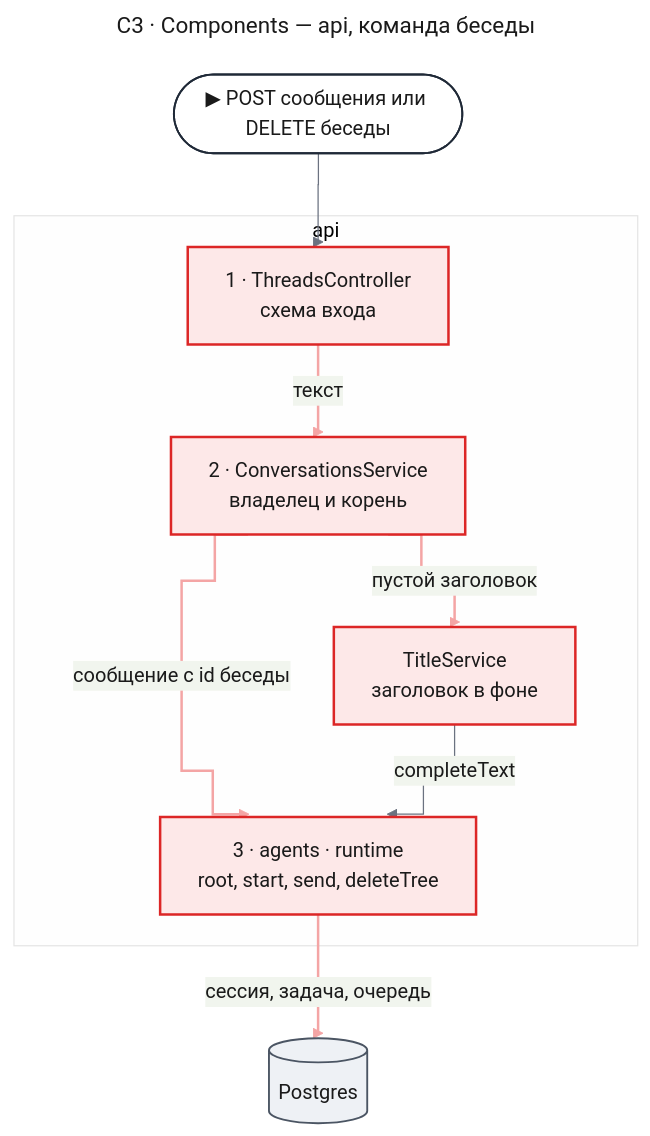
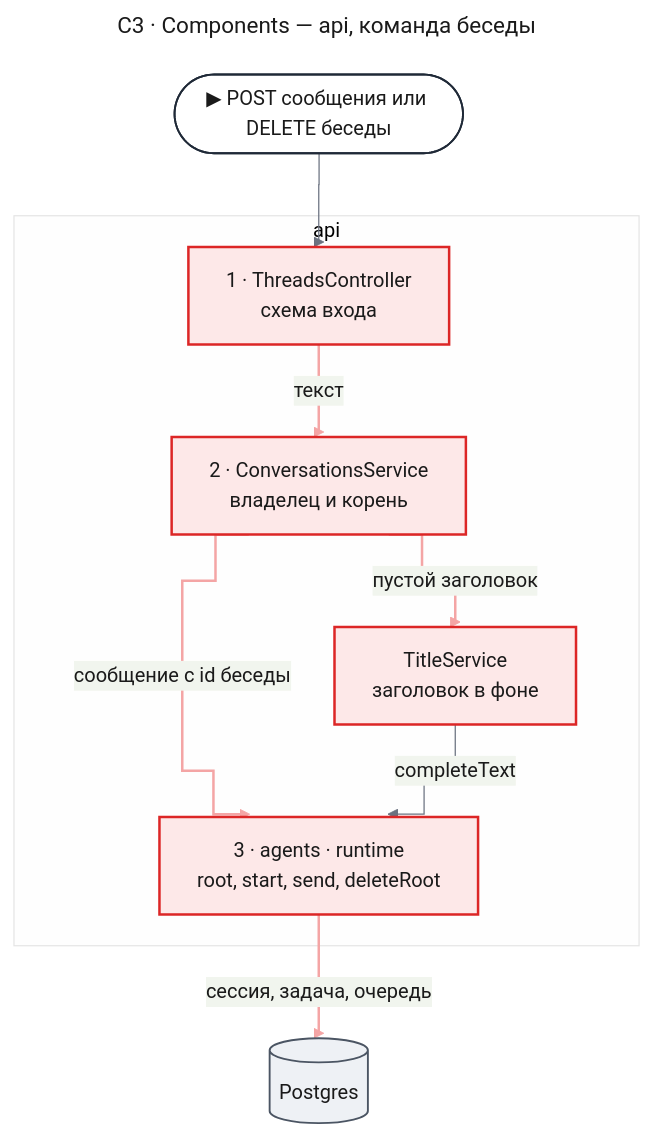
The second of 10 diagrams in docs/features/agent-platform/design-chat.md (tundraray/agent-os), drawn with Mermaid before and after one commit. The commit also changed other lines of this file and 2 other files, not shown here.

````diff
--- a/docs/features/agent-platform/design-chat.md
+++ b/docs/features/agent-platform/design-chat.md
@@ -202,46 +206,46 @@
 ```mermaid
 ---
 title: "C3 · Components — api, команда беседы"
 config:
   theme: base
   look: classic
   themeVariables:
     primaryColor: "#eef1f5"
     primaryBorderColor: "#4b5563"
     primaryTextColor: "#1a1a1a"
     lineColor: "#6b7280"
   flowchart:
     curve: step
   themeCSS: |
     @keyframes lit_ch3a{0%,22.5%{stroke:#991b1b;stroke-width:6px}25%,100%{stroke:#f4a5a5;stroke-width:2px}}
 ---
 flowchart TB
     entry(["▶ POST сообщения или DELETE беседы"])
     subgraph api["api"]
         ctl["1 · ThreadsController<br/>схема входа"]
         svc["2 · ConversationsService<br/>владелец и корень"]
-        pk["3 · agents · runtime<br/>root, start, send, deleteTree"]
+        pk["3 · agents · runtime<br/>root, start, send, deleteRoot"]
         title["TitleService<br/>заголовок в фоне"]
     end
     db[("Postgres")]
     entry --> ctl
     ctl e1@-->|"текст"| svc
     svc e2@-->|"сообщение с id беседы"| pk
     pk e3@-->|"сессия, задача, очередь"| db
     svc e4@-->|"пустой заголовок"| title
     title -->|"completeText"| pk
     classDef entry fill:#ffffff,stroke:#1f2937,stroke-width:1.5px,color:#1a1a1a
     classDef changed fill:#fde8e8,stroke:#dc2626,stroke-width:2px,color:#1a1a1a
     classDef unchanged fill:#eef1f5,stroke:#4b5563,stroke-width:1.5px,color:#1a1a1a
     classDef w1 stroke:#f4a5a5,stroke-width:2px,animation:lit_ch3a 4.8s linear 0s infinite
     classDef w2 stroke:#f4a5a5,stroke-width:2px,animation:lit_ch3a 4.8s linear 1.2s infinite
     classDef w3 stroke:#f4a5a5,stroke-width:2px,animation:lit_ch3a 4.8s linear 2.4s infinite
     classDef w4 stroke:#f4a5a5,stroke-width:2px,animation:lit_ch3a 4.8s linear 3.6s infinite
     class entry entry
     class ctl,svc,title,pk changed
     class db unchanged
     class e1 w1
     class e2 w2
     class e3 w3
     class e4 w4
 ```
````
